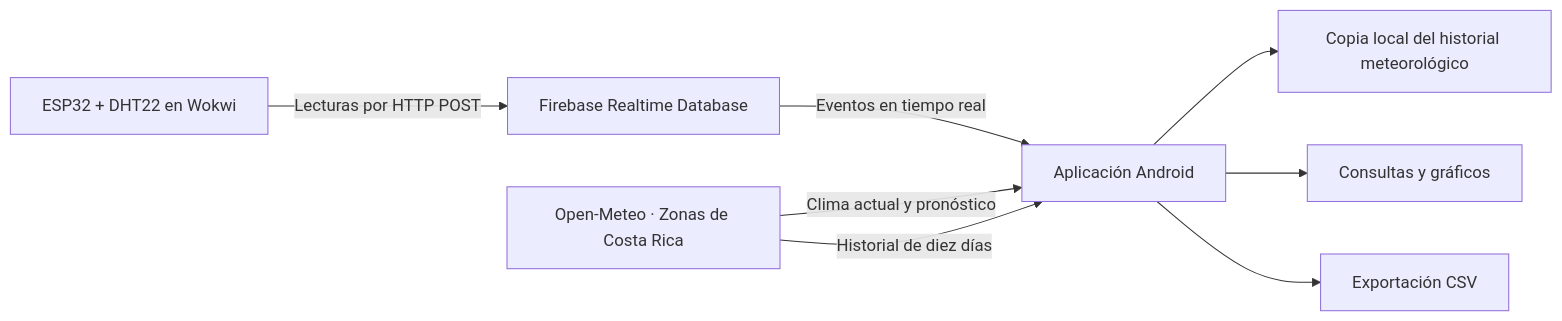
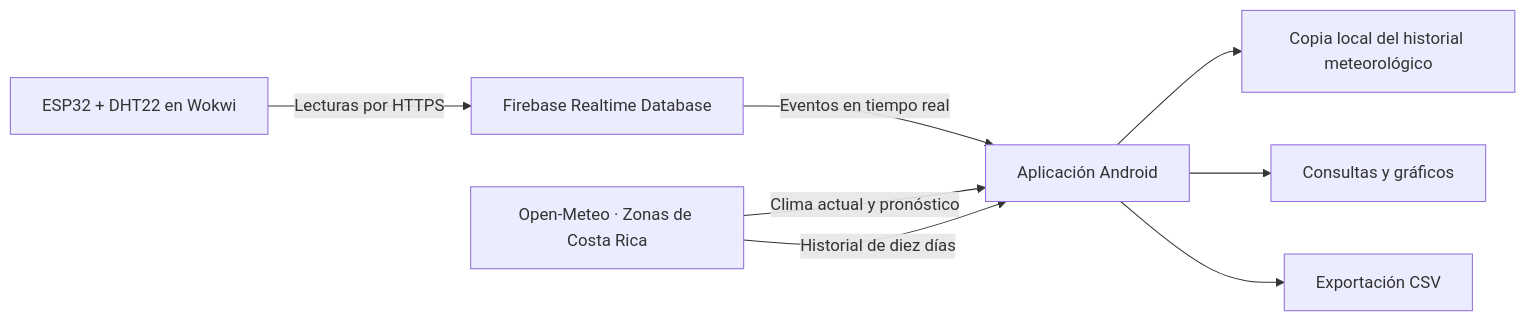
Before and after one commit to greivinsmv/Consulta-de-variables-ambientales: the diagram in README.md, drawn with Mermaid. The commit also changed other lines of this file and 14 other files, not shown here.

````diff
--- a/README.md
+++ b/README.md
@@ -23,10 +23,10 @@
 ```mermaid
 flowchart LR
-    A[ESP32 + DHT22 en Wokwi] -->|Lecturas por HTTP POST| B[Firebase Realtime Database]
+    A[ESP32 + DHT22 en Wokwi] -->|Lecturas por HTTPS| B[Firebase Realtime Database]
     B -->|Eventos en tiempo real| C[Aplicación Android]
     F[Open-Meteo · Zonas de Costa Rica] -->|Clima actual y pronóstico| C
     F -->|Historial de diez días| C
     C --> G[Copia local del historial meteorológico]
     C --> D[Consultas y gráficos]
     C --> E[Exportación CSV]
 ```
````
